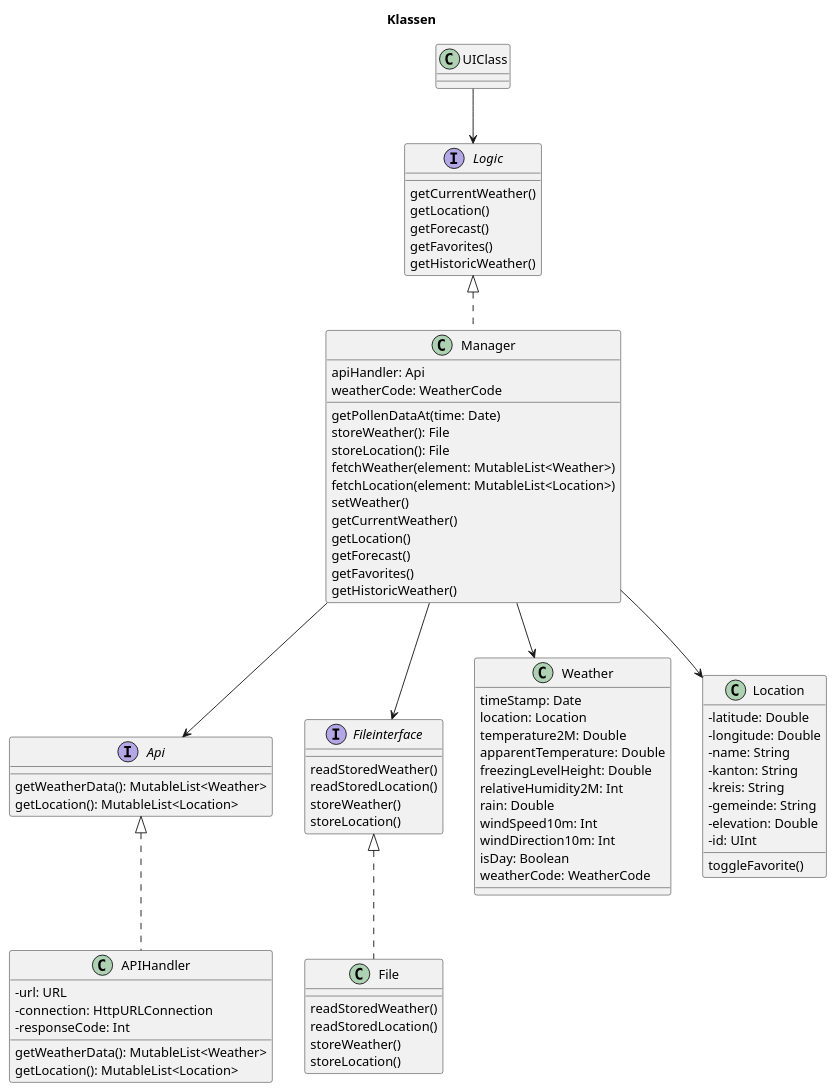
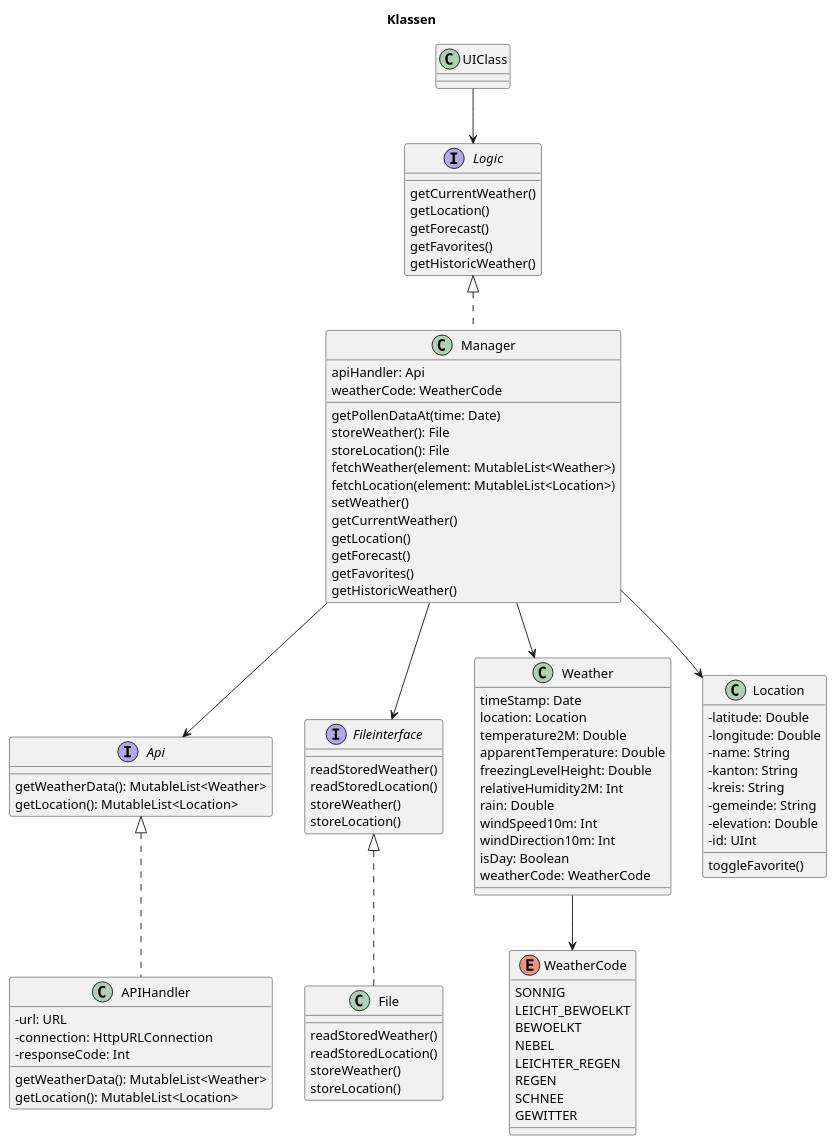
The diagram in doc/ClassDiagram_Feedback.puml (TobiasSoftDev/Wetterapp_PRG_Testing_Phase), drawn with PlantUML before and after one commit. The commit also changed 3 other files, not shown here.

Commit message:
Weather Klasse und ENUM Klasse hinzugefügt. PlantUML aktualisiert

```diff
--- a/doc/ClassDiagram_Feedback.puml
+++ b/doc/ClassDiagram_Feedback.puml
@@ -1,105 +1,117 @@
 @startuml
 'https://plantuml.com/class-diagram
 
 
 skinparam classAttributeIconSize 0
 title Klassen
 
 
 
 Api <|-. APIHandler
 UIClass --> Logic
 Logic <|-. Manager
 Fileinterface <|-. File
 Manager --> Fileinterface
 Manager --> Api
 Manager --> Weather
 Manager --> Location
-
+Weather --> WeatherCode
 class Manager {
     apiHandler: Api
     getPollenDataAt(time: Date)
     storeWeather(): File
     storeLocation(): File
     fetchWeather(element: MutableList<Weather>)
     fetchLocation(element: MutableList<Location>)
     weatherCode: WeatherCode
     setWeather()
     getCurrentWeather()
     getLocation()
     getForecast()
     getFavorites()
     getHistoricWeather()
 }
 
 interface Fileinterface {
     readStoredWeather()
     readStoredLocation()
     storeWeather()
     storeLocation()
 
 }
 
 interface Api {
      getWeatherData(): MutableList<Weather>
      getLocation(): MutableList<Location>
 }
 
 
 interface Logic {
     getCurrentWeather()
     getLocation()
     getForecast()
     getFavorites()
     getHistoricWeather()
 }
 
 class UIClass {
 
 }
 
 
 class File {
     readStoredWeather()
     readStoredLocation()
     storeWeather()
     storeLocation()
 }
 
 
 class APIHandler {
     -url: URL
     -connection: HttpURLConnection
     -responseCode: Int
     getWeatherData(): MutableList<Weather>
     getLocation(): MutableList<Location>
 
 }
 
 class Weather {
     timeStamp: Date
     location: Location
     temperature2M: Double
     apparentTemperature: Double
     freezingLevelHeight: Double
     relativeHumidity2M: Int
     rain: Double
     windSpeed10m: Int
     windDirection10m: Int
     isDay: Boolean
     weatherCode: WeatherCode
 }
 
 class Location {
     - latitude: Double
     - longitude: Double
     - name: String
     - kanton: String
     - kreis: String
     - gemeinde: String
     - elevation: Double
     - id: UInt
     toggleFavorite()
 }
 
+enum WeatherCode {
+     SONNIG
+     LEICHT_BEWOELKT
+     BEWOELKT
+     NEBEL
+     LEICHTER_REGEN
+     REGEN
+     SCHNEE
+     GEWITTER
+}
+
+
 @enduml
```
